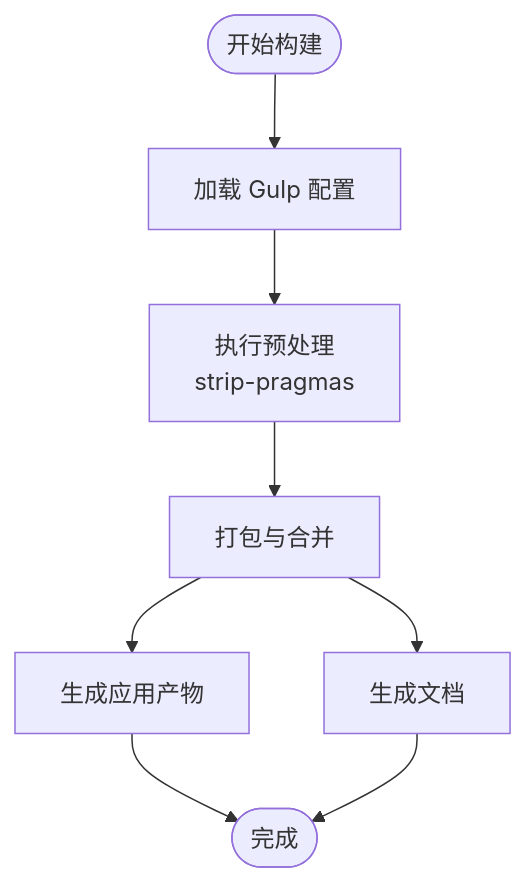
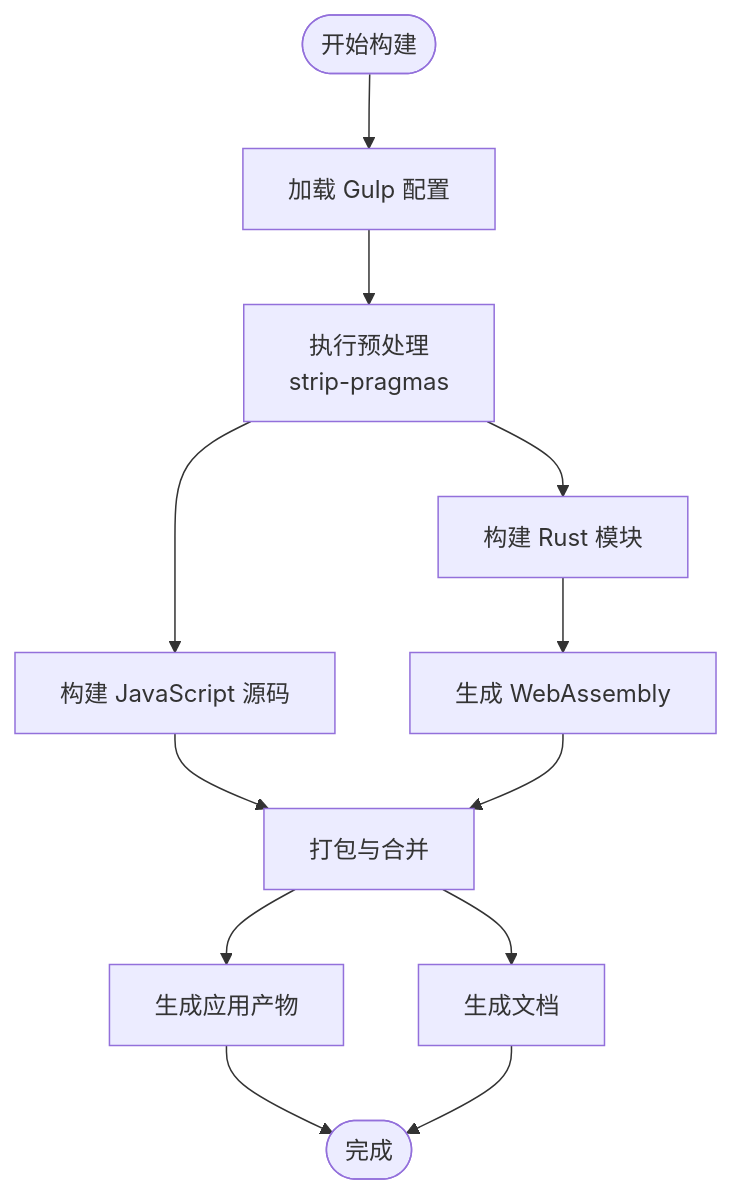
The fourth of 10 diagrams in .qoder/repowiki/zh/content/项目概述/技术栈.md (rzhangjing/cesium), drawn with Mermaid before and after one commit. The commit also changed other lines of this file and 60 other files, not shown here.

````diff
--- a/.qoder/repowiki/zh/content/项目概述/技术栈.md
+++ b/.qoder/repowiki/zh/content/项目概述/技术栈.md
@@ -203,10 +339,14 @@
 ```mermaid
 flowchart TD
 Start(["开始构建"]) --> LoadConfig["加载 Gulp 配置"]
 LoadConfig --> Preprocess["执行预处理<br/>strip-pragmas"]
-Preprocess --> Bundle["打包与合并"]
+Preprocess --> BuildJS["构建 JavaScript 源码"]
+Preprocess --> BuildRust["构建 Rust 模块"]
+BuildRust --> WasmOutput["生成 WebAssembly"]
+BuildJS --> Bundle["打包与合并"]
+WasmOutput --> Bundle
 Bundle --> Apps["生成应用产物"]
 Bundle --> Docs["生成文档"]
 Apps --> End(["完成"])
 Docs --> End
 ```
````
